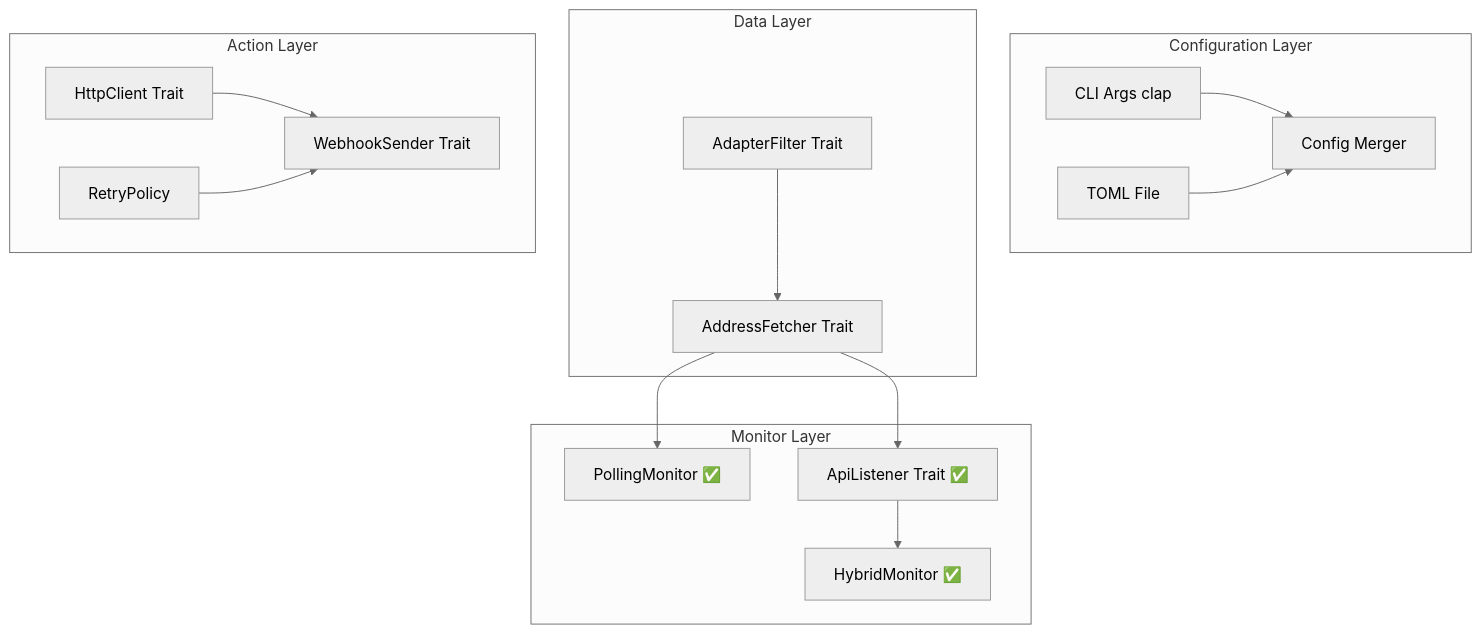
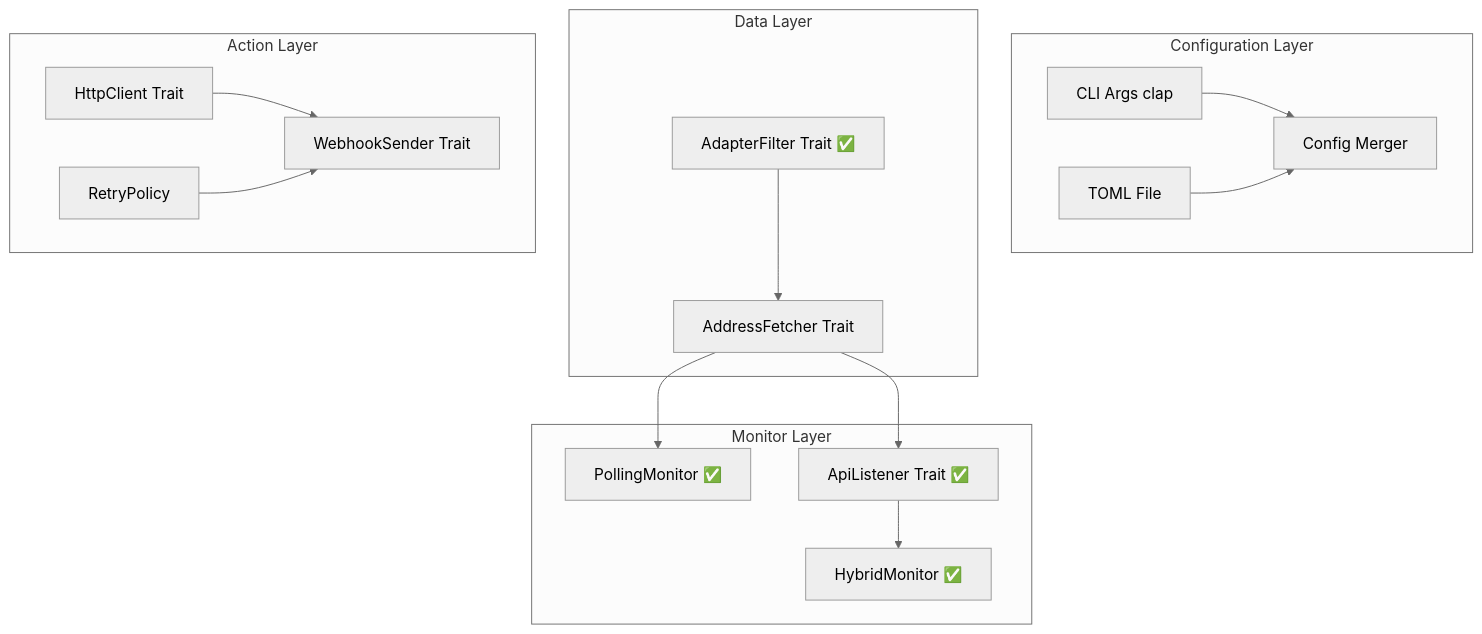
Before and after one commit to doraemonkeys/ddns-a: the diagram in docs/Implementation Plan.md, drawn with Mermaid (neutral theme). The commit also changed other lines of this file and 4 other files, not shown here.

````diff
--- a/docs/Implementation Plan.md
+++ b/docs/Implementation Plan.md
@@ -13,34 +13,34 @@
 ```mermaid
 flowchart TB
     subgraph config [Configuration Layer]
         CLI[CLI Args clap]
         TOML[TOML File]
         Merge[Config Merger]
     end
     
     subgraph data [Data Layer]
         Fetcher[AddressFetcher Trait]
-        Filter[AdapterFilter Trait]
+        Filter[AdapterFilter Trait ✅]
     end
     
     subgraph monitor [Monitor Layer]
         Poller[PollingMonitor ✅]
         ApiListener[ApiListener Trait ✅]
         Hybrid[HybridMonitor ✅]
     end
     
     subgraph action [Action Layer]
         HttpClient[HttpClient Trait]
         Sender[WebhookSender Trait]
         Retry[RetryPolicy]
     end
     
     CLI --> Merge
     TOML --> Merge
     Filter --> Fetcher
     Fetcher --> Poller
     Fetcher --> ApiListener
     ApiListener --> Hybrid
     HttpClient --> Sender
     Retry --> Sender
 ```
````
